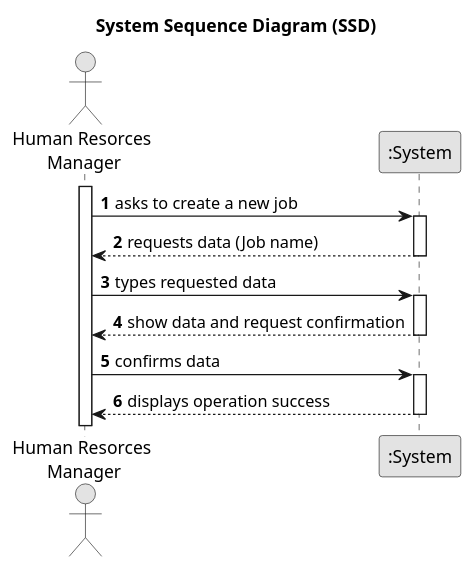
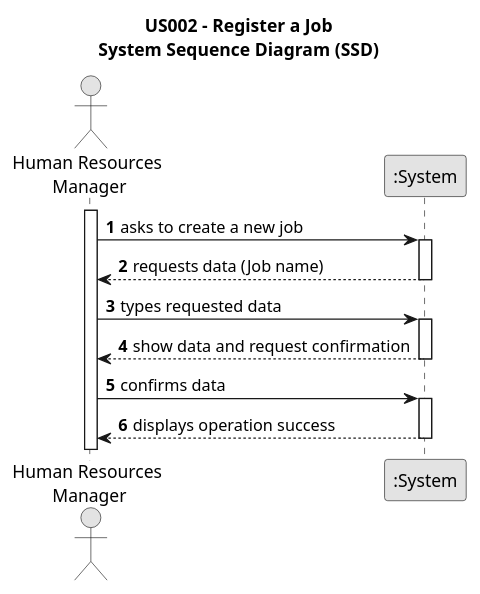
Before and after one commit to Mendoncaa/LAPR2: the diagram in docs/sprintA/us002/01.requirements-engineering/puml/us002-system-sequence-diagram.puml, drawn with PlantUML. The commit also changed 13 other files, not shown here.

```diff
--- a/docs/sprintA/us002/01.requirements-engineering/puml/us002-system-sequence-diagram.puml
+++ b/docs/sprintA/us002/01.requirements-engineering/puml/us002-system-sequence-diagram.puml
@@ -1,33 +1,33 @@
 @startuml
 skinparam monochrome true
 skinparam packageStyle rectangle
 skinparam shadowing false
 
-title System Sequence Diagram (SSD)
+title US002 - Register a Job\nSystem Sequence Diagram (SSD)
 
 autonumber
 
-actor "Human Resorces\n Manager" as Employee
+actor "Human Resources\n Manager" as Employee
 participant ":System" as System
 
 activate Employee
 
     Employee -> System : asks to create a new job
     activate System
 
         System --> Employee : requests data (Job name)
     deactivate System
 
     Employee -> System : types requested data
     activate System
 
         System --> Employee : show data and request confirmation
     deactivate System
 
     Employee -> System : confirms data
         activate System
 
             System --> Employee : displays operation success
         deactivate System
 
 @enduml
```
